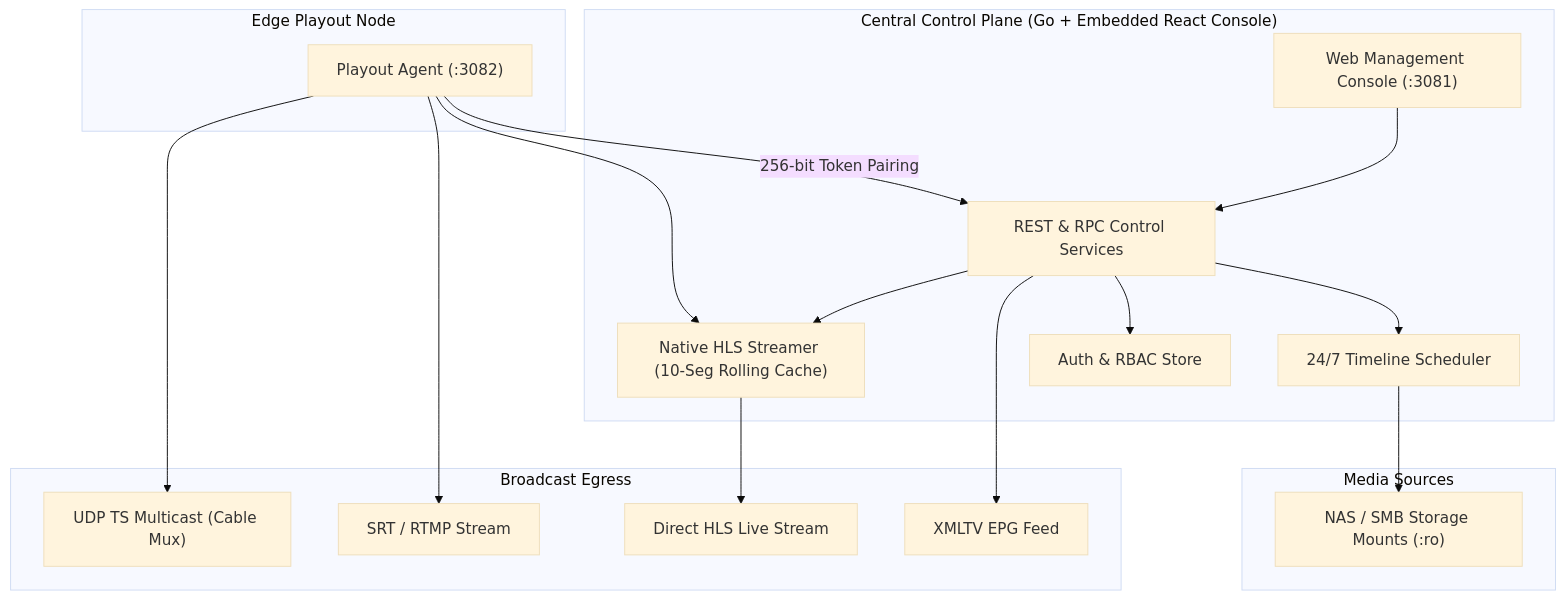
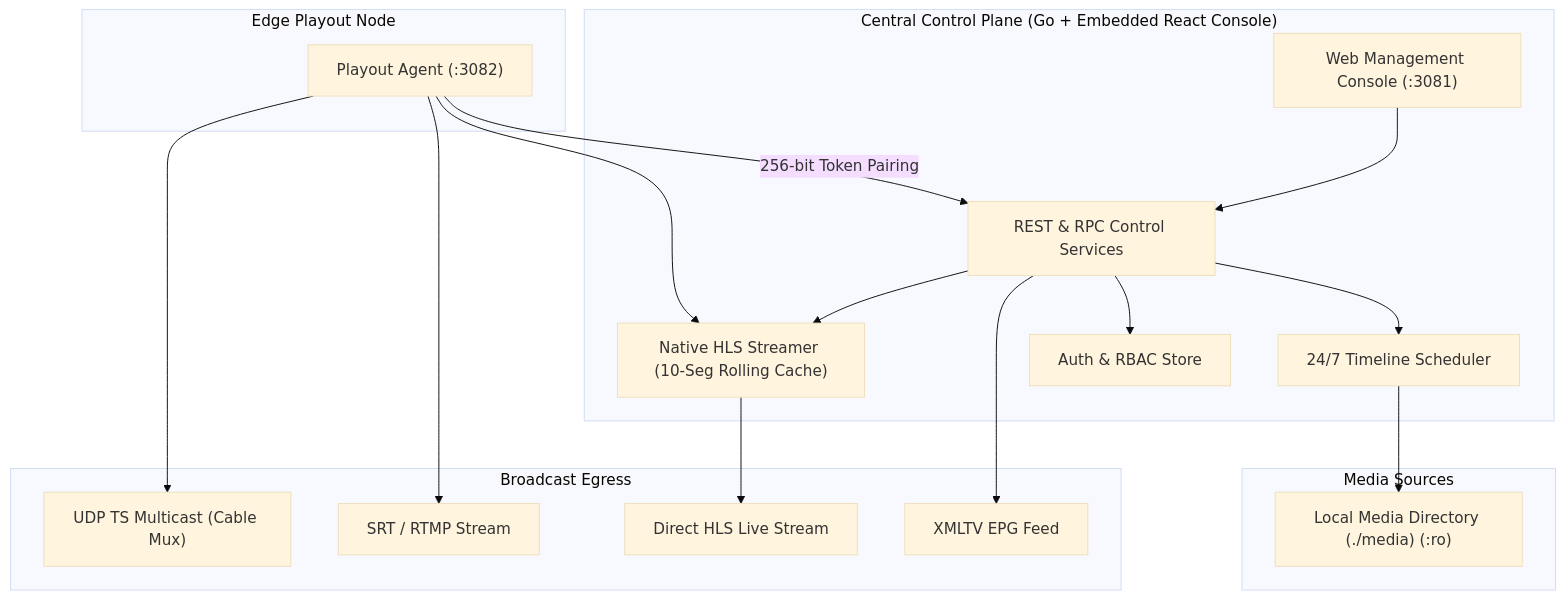
Before and after one commit to varmakarthik12/mcrflow: the diagram in README.md, drawn with Mermaid (base theme). The commit also changed other lines of this file and 32 other files, not shown here.

Commit message:
feat(storage,branding): replace storage mounts with local media dir, add channel logo upload/placement, remove tailscale settings, audit dynamic UI

````diff
--- a/README.md
+++ b/README.md
@@ -13,38 +13,38 @@
 ```mermaid
 flowchart TD
     subgraph ControlPlane["Central Control Plane (Go + Embedded React Console)"]
         UI["Web Management Console (:3081)"]
         API["REST & RPC Control Services"]
         HLS["Native HLS Streamer (10-Seg Rolling Cache)"]
         Sched["24/7 Timeline Scheduler"]
         Users["Auth & RBAC Store"]
     end
 
     subgraph EdgeAgents["Edge Playout Node"]
         Agent["Playout Agent (:3082)"]
     end
 
     subgraph Storage["Media Sources"]
-        NAS["NAS / SMB Storage Mounts (:ro)"]
+        LocalMedia["Local Media Directory (./media) (:ro)"]
     end
 
     subgraph Outputs["Broadcast Egress"]
         UDP["UDP TS Multicast (Cable Mux)"]
         SRT["SRT / RTMP Stream"]
         HLSOut["Direct HLS Live Stream"]
         EPG["XMLTV EPG Feed"]
     end
 
     UI --> API
     API --> Users
     API --> Sched
     API --> HLS
-    Sched --> NAS
+    Sched --> LocalMedia
 
     Agent -->|"256-bit Token Pairing"| API
     Agent --> UDP
     Agent --> SRT
     Agent --> HLS
     HLS --> HLSOut
     API --> EPG
 ```
````
